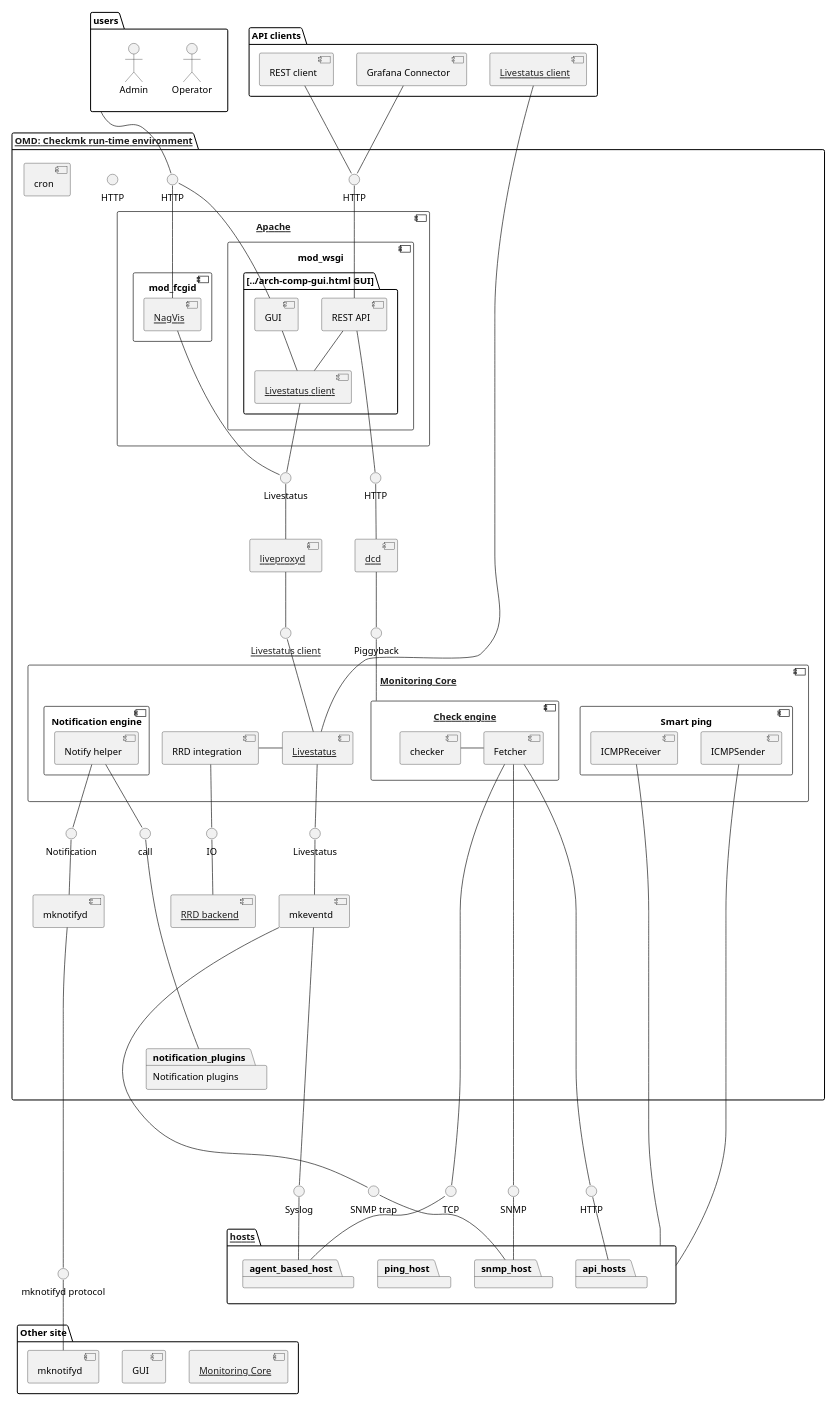
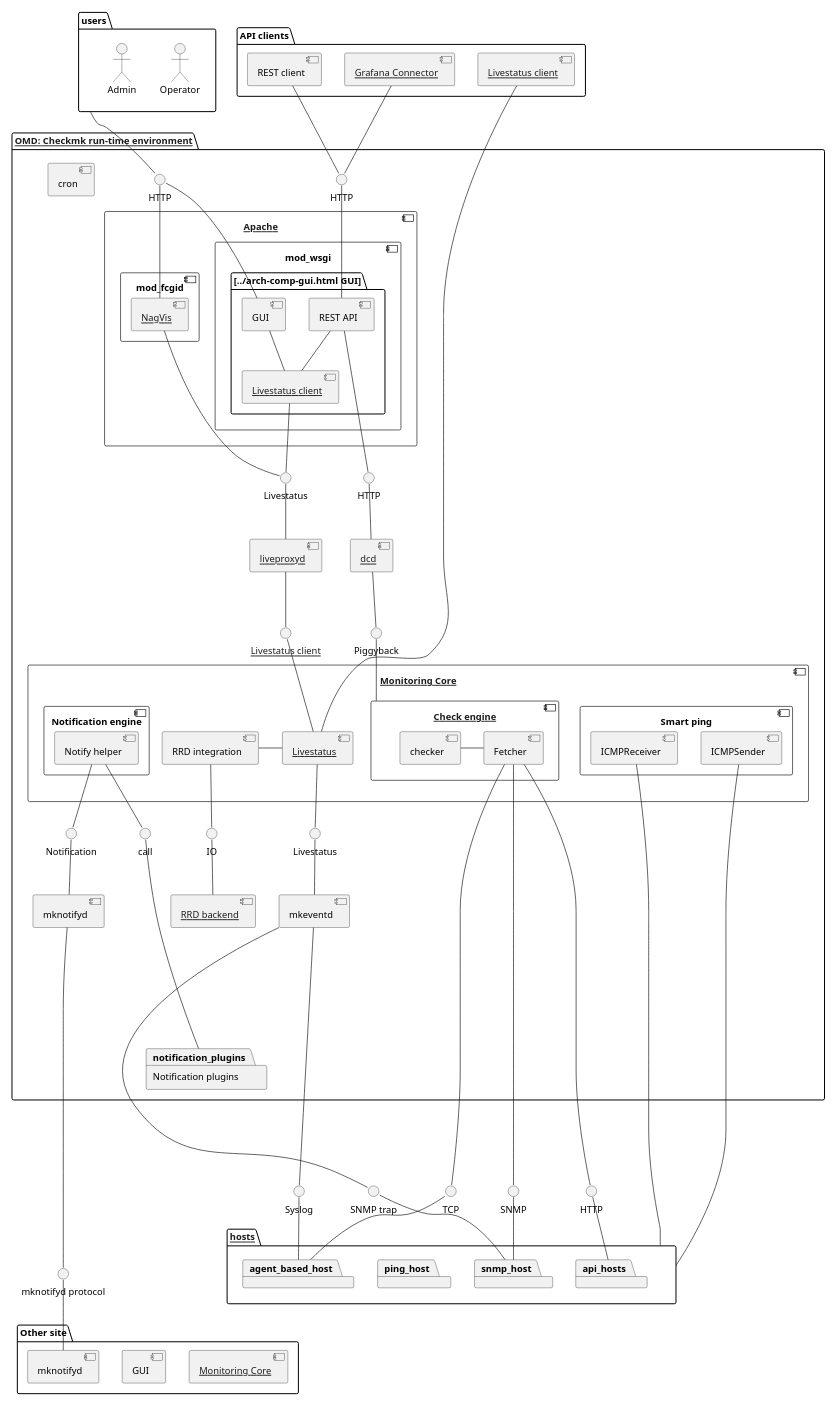
Before and after one commit to Checkmk/checkmk: the diagram in doc/documentation/topology.puml, drawn with PlantUML. The commit also changed 3 other files, not shown here.

Commit message:
Add Grafana connector article

```diff
--- a/doc/documentation/topology.puml
+++ b/doc/documentation/topology.puml
@@ -1,148 +1,147 @@
 @startuml
 skinparam componentStyle uml2
 skinparam monochrome true
 ' Remove shadows
 skinparam shadowing false
 scale 0.6
 
 package users {
     actor "Operator" as operator
     actor "Admin" as admin
 }
 
 package "API clients" as api_clients {
-    component "Grafana Connector" as grafana_connector
+    component "[[../arch-comp-grafana-connector.html Grafana Connector]]" as grafana_connector
     component "REST client" as rest_api_client
     component "[[../arch-comp-livestatus-client.html Livestatus client]]" as external_livestatus_client
 }
 
 package "[[../arch-comp-omd.html OMD: Checkmk run-time environment]]" as omd {
     interface HTTP as http_gui
     interface HTTP as http_rest_api
-    interface HTTP as http_web_api
     component "[[../arch-comp-apache.html Apache]]" as apache {
         component "mod_wsgi" as mod_wsgi {
             package "[[../arch-comp-gui.html GUI]]" {
                 component GUI
                 component "REST API" as rest_api
                 component "[[../arch-comp-livestatus-client.html Livestatus client]]" as apache_livestatus_client
             }
         }
         component mod_fcgid {
             component "[[../arch-comp-nagvis.html NagVis]]" as nagvis
         }
     }
     interface Livestatus as apache_livestatus
 
     component "[[../arch-comp-core.html Monitoring Core]]" as cmc {
         component "RRD integration" as rrd_integration
         component "[[../arch-comp-livestatus.html Livestatus]]" as cmc_livestatus_server
         component "[[../arch-comp-checkengine.html Check engine]]" as check_engine {
             component checker
             component Fetcher
         }
         component "Smart ping" as smart_ping {
             component ICMPReceiver
             component ICMPSender
         }
         component "Notification engine" as cmc_notify {
             component "Notify helper" as notify_helper
         }
     }
     interface "call" as call_notification_plugins
 
     component cron
 
     component "[[../arch-comp-liveproxyd.html liveproxyd]]" as liveproxyd
     interface "[[../arch-comp-livestatus-client.html Livestatus client]]" as liveproxyd_livestatus_client
 
     component "[[../arch-comp-dcd.html dcd]]" as dcd
     interface "HTTP" as dcd_web_api_client
     interface Piggyback as dcd_piggyback
 
     component mkeventd
     interface Livestatus as mkeventd_livestatus
 
     component mknotifyd
     interface Notification as mknotifyd_notification
 
     component "[[../arch-comp-rrd-backend.html RRD backend]]" as rrd_backend
     interface "IO" as rrd_io
 
     package "Notification plugins" as notification_plugins
 }
 
 package "Other site" as other_site {
     component "[[../arch-comp-core.html Monitoring Core]]" as cmc_other_site
     component "GUI" as gui_other_site
     component "mknotifyd" as mknotifyd_other_site
 }
 interface "mknotifyd protocol" as mknotifyd_protocol
 
 package "[[../arch-comp-hosts.html hosts]]" as hosts {
     package agent_based_host
     package snmp_host
     package ping_host
     package api_hosts
 }
 interface TCP
 interface Syslog
 interface SNMP
 interface "SNMP trap" as trap
 interface HTTP as api_hosts_http
 
 users -d- http_gui
 rest_api_client -d- http_rest_api
 grafana_connector -d- http_rest_api
 
 http_gui -d- GUI
 http_gui -d- nagvis
 http_rest_api -d- rest_api
 
 GUI -d- apache_livestatus_client
 rest_api -d- apache_livestatus_client
 apache_livestatus_client -d- apache_livestatus
 nagvis -d- apache_livestatus
 apache_livestatus -d- liveproxyd
 
 liveproxyd -d- liveproxyd_livestatus_client
 liveproxyd_livestatus_client -d- cmc_livestatus_server
 
 dcd -u- dcd_web_api_client
 dcd -d- dcd_piggyback
 dcd_web_api_client -l- rest_api
 dcd_piggyback -d- check_engine
 
 ' Help visualization
 notify_helper -[hidden]r-> rrd_integration
 rrd_integration -r- cmc_livestatus_server
 checker -r- Fetcher
 
 external_livestatus_client -d- cmc_livestatus_server
 Fetcher -d----- TCP
 Fetcher -d----- SNMP
 Fetcher -d----- api_hosts_http
 TCP -d- agent_based_host
 SNMP -d- snmp_host
 api_hosts_http -d- api_hosts
 ICMPSender -d---- hosts
 ICMPReceiver -d---- hosts
 
 rrd_integration -d- rrd_io
 rrd_io -d- rrd_backend
 
 notify_helper -d- call_notification_plugins
 call_notification_plugins -d---- notification_plugins
 notify_helper -d- mknotifyd_notification
 mknotifyd_notification -d- mknotifyd
 mknotifyd -d------ mknotifyd_protocol
 mknotifyd_protocol -d- mknotifyd_other_site
 
 cmc_livestatus_server -d- mkeventd_livestatus
 mkeventd_livestatus -d- mkeventd
 mkeventd -d-- Syslog
 Syslog -d- agent_based_host
 mkeventd -d----- trap
 trap -d- snmp_host
 
 @enduml
```
